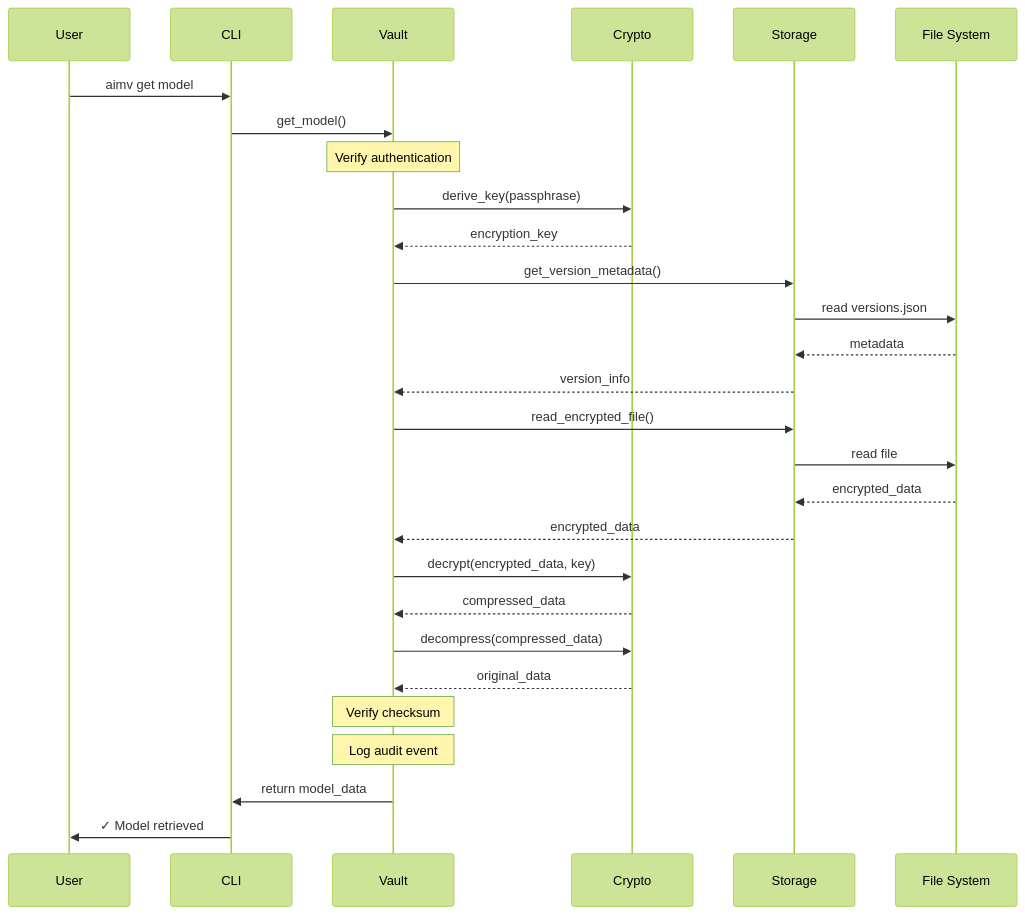
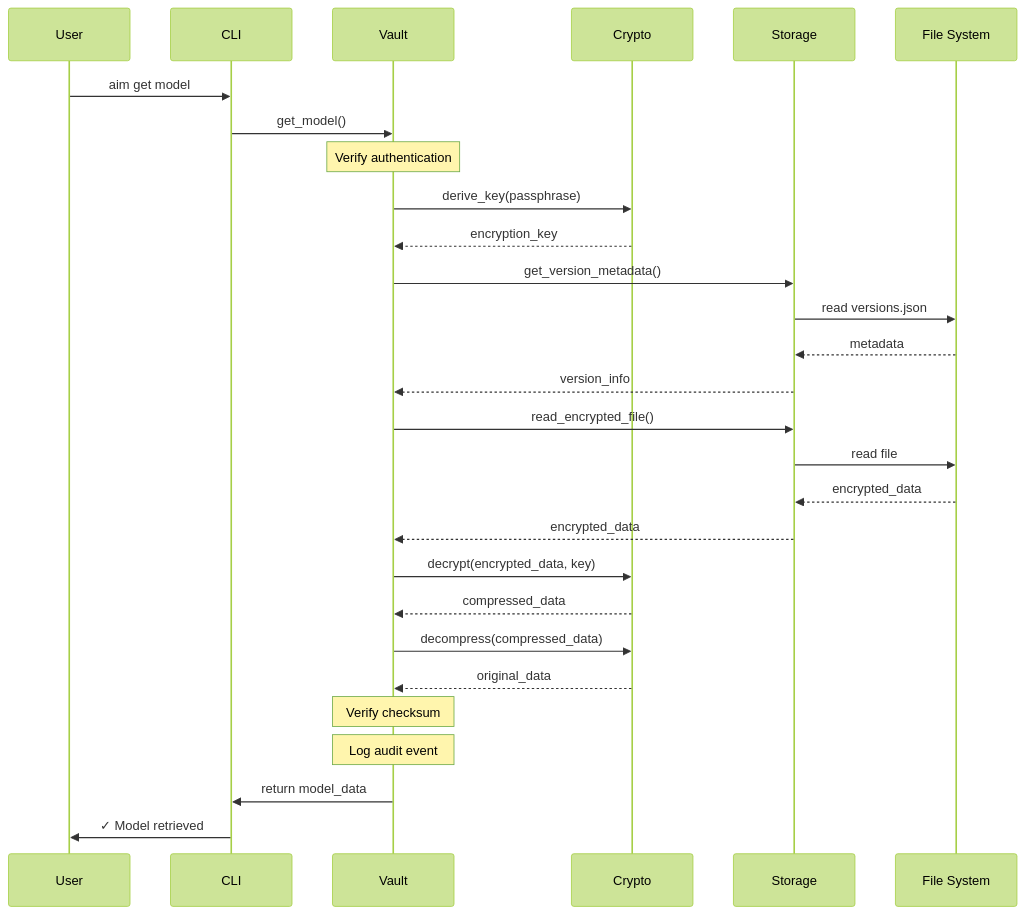
Before and after one commit to nervosys/AIModelVault: the third of 10 diagrams in docs/ARCHITECTURE.md, drawn with Mermaid (forest theme). The commit also changed other lines of this file and 7 other files, not shown here.

````diff
--- a/docs/ARCHITECTURE.md
+++ b/docs/ARCHITECTURE.md
@@ -98,38 +120,38 @@
 ```mermaid
 sequenceDiagram
     participant User
     participant CLI
     participant Vault
     participant Crypto
     participant Storage
     participant FS as File System
     
-    User->>CLI: aimv get model
+    User->>CLI: aim get model
     CLI->>Vault: get_model()
     
     Note over Vault: Verify authentication
     Vault->>Crypto: derive_key(passphrase)
     Crypto-->>Vault: encryption_key
     
     Vault->>Storage: get_version_metadata()
     Storage->>FS: read versions.json
     FS-->>Storage: metadata
     Storage-->>Vault: version_info
     
     Vault->>Storage: read_encrypted_file()
     Storage->>FS: read file
     FS-->>Storage: encrypted_data
     Storage-->>Vault: encrypted_data
     
     Vault->>Crypto: decrypt(encrypted_data, key)
     Crypto-->>Vault: compressed_data
     
     Vault->>Crypto: decompress(compressed_data)
     Crypto-->>Vault: original_data
     
     Note over Vault: Verify checksum
     Note over Vault: Log audit event
     
     Vault->>CLI: return model_data
     CLI->>User: ✓ Model retrieved
 ```
````
